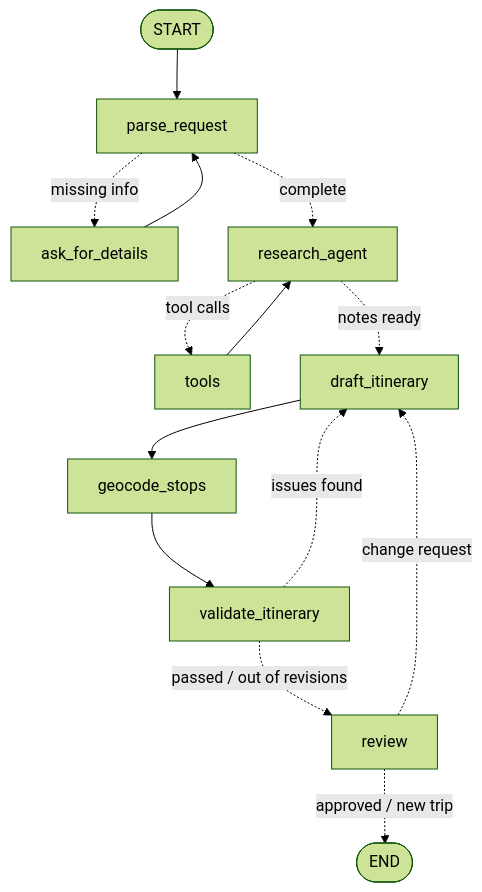
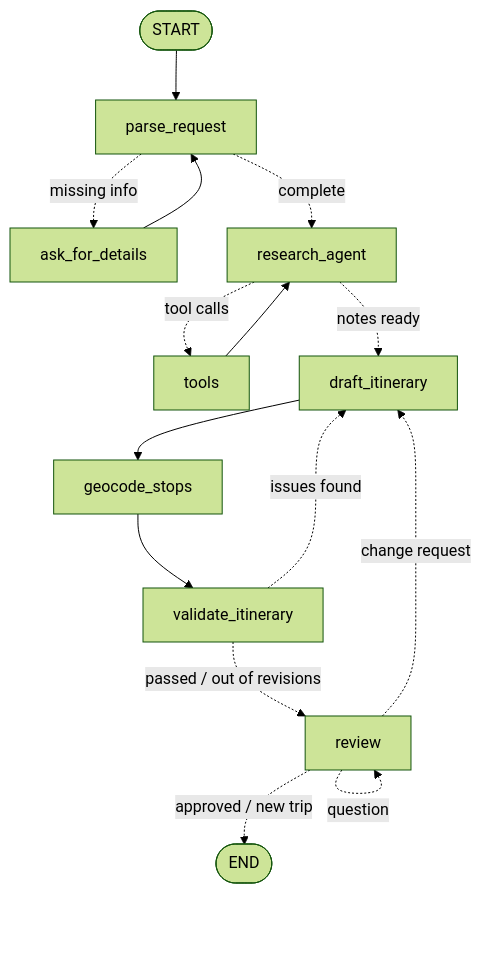
The diagram in README.md (ktakeda122/LangGraph), drawn with Mermaid (forest theme) before and after one commit. The commit also changed other lines of this file and 4 other files, not shown here.

````diff
--- a/README.md
+++ b/README.md
@@ -35,16 +36,17 @@
 ```mermaid
 graph TD;
     __start__([START]) --> parse_request;
     parse_request -. missing info .-> ask_for_details;
     parse_request -. complete .-> research_agent;
     ask_for_details --> parse_request;
     research_agent -. tool calls .-> tools;
     tools --> research_agent;
     research_agent -. notes ready .-> draft_itinerary;
     draft_itinerary --> geocode_stops;
     geocode_stops --> validate_itinerary;
     validate_itinerary -. issues found .-> draft_itinerary;
     validate_itinerary -. passed / out of revisions .-> review;
     review -. change request .-> draft_itinerary;
+    review -. question .-> review;
     review -. approved / new trip .-> __end__([END]);
 ```
````
